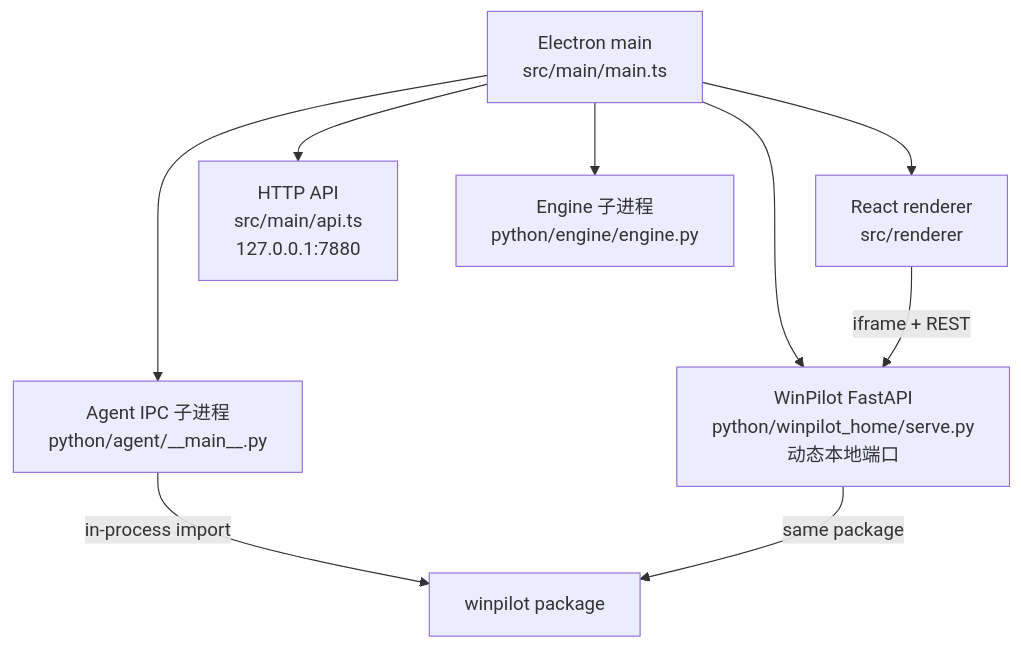
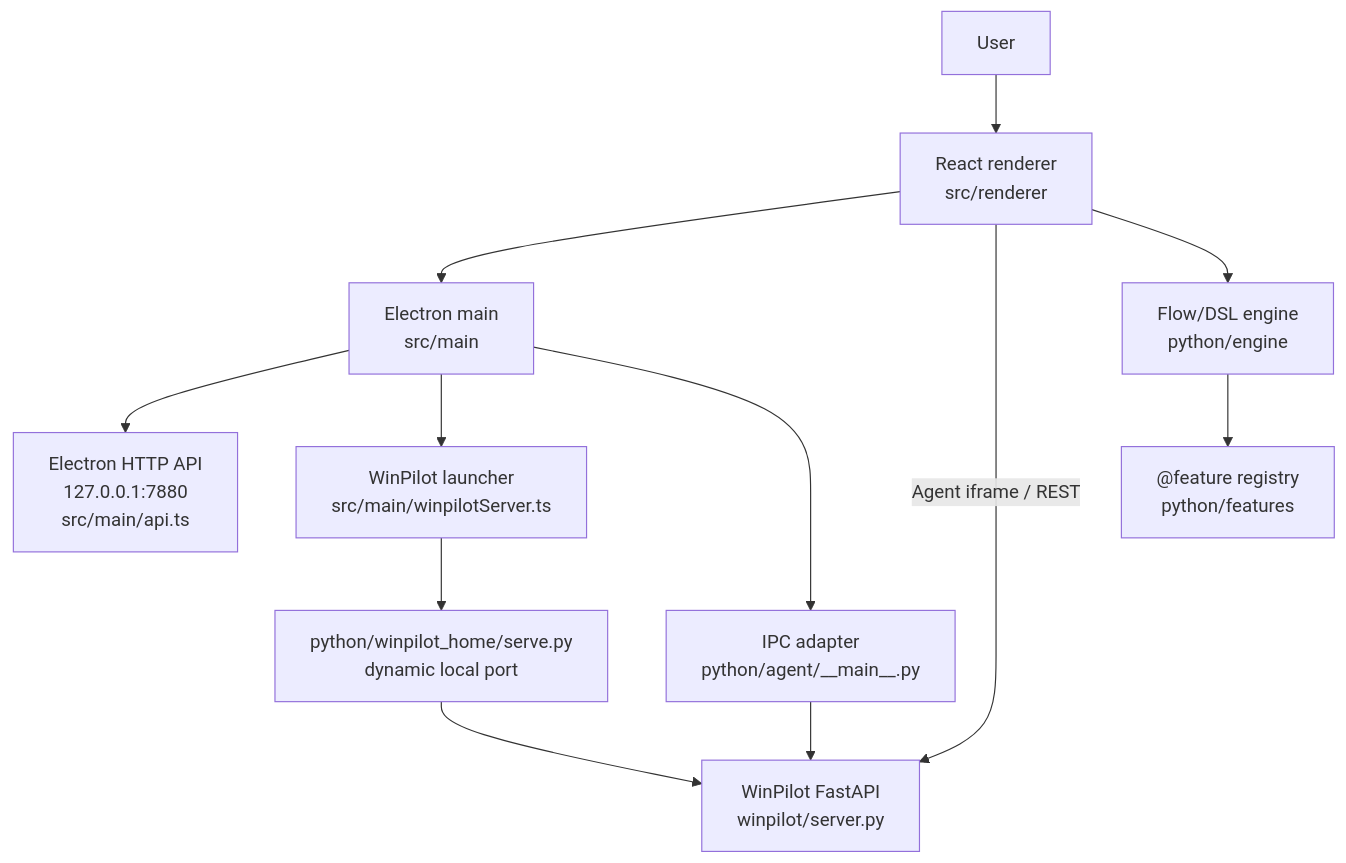
Before and after one commit to zoujiapeng/lingdong-script: the first of 2 diagrams in docs/architecture.md, drawn with Mermaid. The commit also changed other lines of this file and 38 other files, not shown here.

````diff
--- a/docs/architecture.md
+++ b/docs/architecture.md
@@ -16,18 +14,21 @@
 ```mermaid
 flowchart TB
-    main["Electron main<br/>src/main/main.ts"]
+    user["User"]
     renderer["React renderer<br/>src/renderer"]
-    api["HTTP API<br/>src/main/api.ts<br/>127.0.0.1:7880"]
-    wpserver["WinPilot FastAPI<br/>python/winpilot_home/serve.py<br/>动态本地端口"]
-    agentipc["Agent IPC 子进程<br/>python/agent/__main__.py"]
-    engine["Engine 子进程<br/>python/engine/engine.py"]
+    main["Electron main<br/>src/main"]
+    api["Electron HTTP API<br/>127.0.0.1:7880<br/>src/main/api.ts"]
+    wpboot["WinPilot launcher<br/>src/main/winpilotServer.ts"]
+    serve["python/winpilot_home/serve.py<br/>dynamic local port"]
+    wp["WinPilot FastAPI<br/>winpilot/server.py"]
+    ipc["IPC adapter<br/>python/agent/__main__.py"]
+    engine["Flow/DSL engine<br/>python/engine"]
+    features["@feature registry<br/>python/features"]
 
-    main --> renderer
+    user --> renderer
+    renderer --> main
     main --> api
-    main --> wpserver
-    main --> agentipc
-    main --> engine
-    renderer -->|"iframe + REST"| wpserver
-    agentipc -->|"in-process import"| winpilot["winpilot package"]
-    wpserver -->|"same package"| winpilot
+    main --> wpboot --> serve --> wp
+    main --> ipc --> wp
+    renderer -->|"Agent iframe / REST"| wp
+    renderer --> engine --> features
 ```
````
